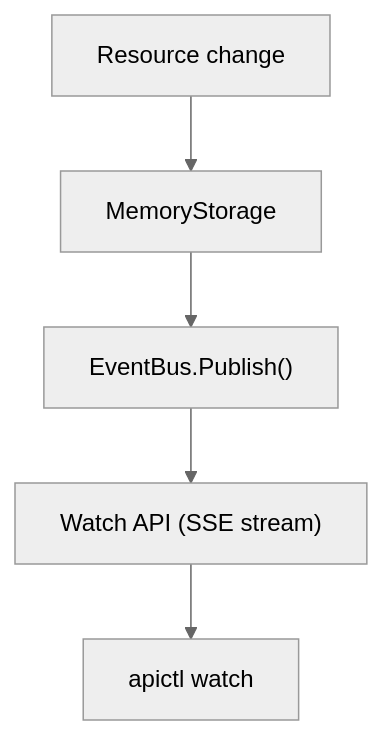
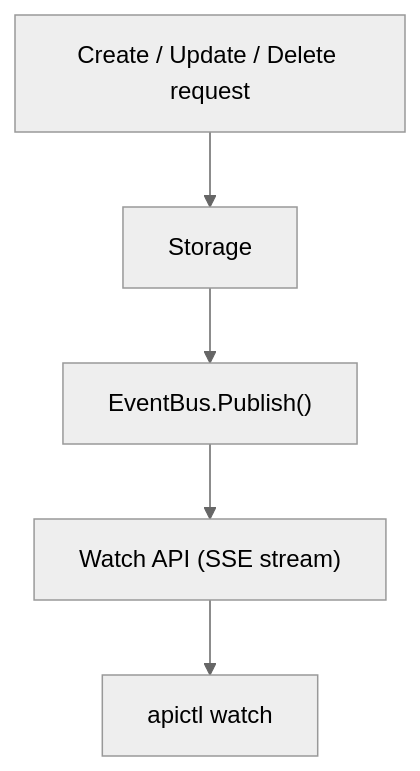
One commit to pergus/api-server changed diagram 16 of 23 in BOOK.md. Above: the diagram before and after it, drawn with Mermaid (neutral theme). The commit also changed other lines of this file, not shown here.

Commit message:
Fixed Listing/Figure numbering

````diff
--- a/BOOK.md
+++ b/BOOK.md
@@ -8908,7 +8918,7 @@
 ```mermaid
 flowchart TD
-    A["Resource change"] --> B["MemoryStorage"]
+    A["Create / Update / Delete request"] --> B["Storage"]
     B --> C["EventBus.Publish()"]
     C --> D["Watch API (SSE stream)"]
     D --> E["apictl watch"]
 ```
````
